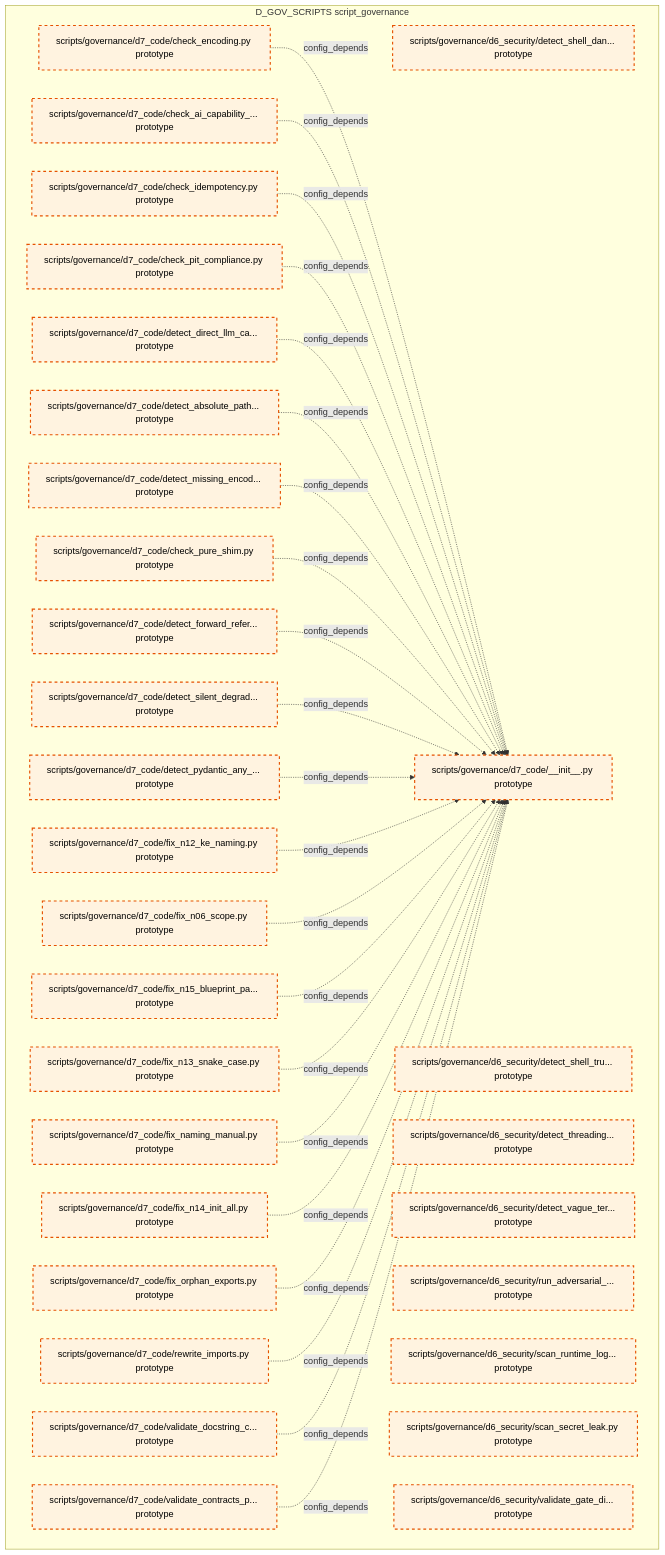
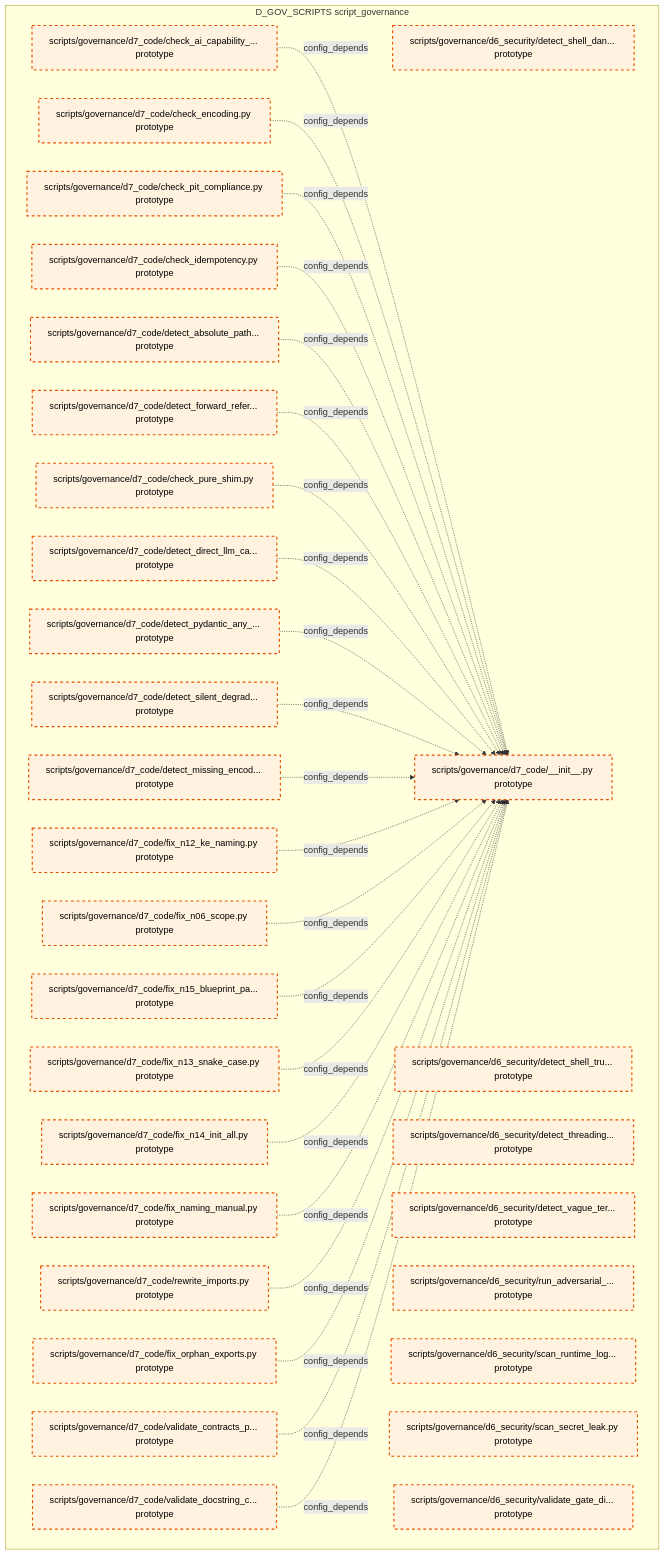
One commit to xuanFelixVan/ZephyrAlpha changed the tenth of 15 diagrams in docs/02_enterprise_architecture/02_domain_architecture_docs/36_d_gov_scripts.md. Above: the diagram before and after it, drawn with Mermaid. The commit also changed other lines of this file and 99 other files, not shown here.

````diff
--- a/docs/02_enterprise_architecture/02_domain_architecture_docs/36_d_gov_scripts.md
+++ b/docs/02_enterprise_architecture/02_domain_architecture_docs/36_d_gov_scripts.md
@@ -688,61 +687,61 @@
 ```mermaid
 graph TD
     subgraph D_GOV_SCRIPTS["D_GOV_SCRIPTS script_governance"]
         scripts_governance_d6_security_detect_shell_dangerous_py["scripts/governance/d6_security/detect_shell_dan... prototype"]
         scripts_governance_d6_security_detect_shell_true_py["scripts/governance/d6_security/detect_shell_tru... prototype"]
         scripts_governance_d6_security_detect_threading_lock_py["scripts/governance/d6_security/detect_threading... prototype"]
         scripts_governance_d6_security_detect_vague_terms_py["scripts/governance/d6_security/detect_vague_ter... prototype"]
         scripts_governance_d6_security_run_adversarial_checks_py["scripts/governance/d6_security/run_adversarial_... prototype"]
         scripts_governance_d6_security_scan_runtime_log_secrets_py["scripts/governance/d6_security/scan_runtime_log... prototype"]
         scripts_governance_d6_security_scan_secret_leak_py["scripts/governance/d6_security/scan_secret_leak.py prototype"]
         scripts_governance_d6_security_validate_gate_discipline_py["scripts/governance/d6_security/validate_gate_di... prototype"]
         scripts_governance_d7_code_init_py["scripts/governance/d7_code/__init__.py prototype"]
         scripts_governance_d7_code_check_ai_capability_boundary_py["scripts/governance/d7_code/check_ai_capability_... prototype"]
         scripts_governance_d7_code_check_encoding_py["scripts/governance/d7_code/check_encoding.py prototype"]
         scripts_governance_d7_code_check_idempotency_py["scripts/governance/d7_code/check_idempotency.py prototype"]
         scripts_governance_d7_code_check_pit_compliance_py["scripts/governance/d7_code/check_pit_compliance.py prototype"]
         scripts_governance_d7_code_check_pure_shim_py["scripts/governance/d7_code/check_pure_shim.py prototype"]
         scripts_governance_d7_code_detect_absolute_path_hardcoding_py["scripts/governance/d7_code/detect_absolute_path... prototype"]
         scripts_governance_d7_code_detect_direct_llm_calls_py["scripts/governance/d7_code/detect_direct_llm_ca... prototype"]
         scripts_governance_d7_code_detect_forward_reference_py["scripts/governance/d7_code/detect_forward_refer... prototype"]
         scripts_governance_d7_code_detect_missing_encoding_py["scripts/governance/d7_code/detect_missing_encod... prototype"]
         scripts_governance_d7_code_detect_pydantic_any_fields_py["scripts/governance/d7_code/detect_pydantic_any_... prototype"]
         scripts_governance_d7_code_detect_silent_degradation_py["scripts/governance/d7_code/detect_silent_degrad... prototype"]
         scripts_governance_d7_code_fix_n06_scope_py["scripts/governance/d7_code/fix_n06_scope.py prototype"]
         scripts_governance_d7_code_fix_n12_ke_naming_py["scripts/governance/d7_code/fix_n12_ke_naming.py prototype"]
         scripts_governance_d7_code_fix_n13_snake_case_py["scripts/governance/d7_code/fix_n13_snake_case.py prototype"]
         scripts_governance_d7_code_fix_n14_init_all_py["scripts/governance/d7_code/fix_n14_init_all.py prototype"]
         scripts_governance_d7_code_fix_n15_blueprint_path_py["scripts/governance/d7_code/fix_n15_blueprint_pa... prototype"]
         scripts_governance_d7_code_fix_naming_manual_py["scripts/governance/d7_code/fix_naming_manual.py prototype"]
         scripts_governance_d7_code_fix_orphan_exports_py["scripts/governance/d7_code/fix_orphan_exports.py prototype"]
         scripts_governance_d7_code_rewrite_imports_py["scripts/governance/d7_code/rewrite_imports.py prototype"]
         scripts_governance_d7_code_validate_contracts_purity_py["scripts/governance/d7_code/validate_contracts_p... prototype"]
         scripts_governance_d7_code_validate_docstring_coverage_py["scripts/governance/d7_code/validate_docstring_c... prototype"]
     end
+    scripts_governance_d7_code_check_ai_capability_boundary_py -.->|config_depends| scripts_governance_d7_code_init_py
     scripts_governance_d7_code_check_encoding_py -.->|config_depends| scripts_governance_d7_code_init_py
-    scripts_governance_d7_code_check_ai_capability_boundary_py -.->|config_depends| scripts_governance_d7_code_init_py
+    scripts_governance_d7_code_check_pit_compliance_py -.->|config_depends| scripts_governance_d7_code_init_py
     scripts_governance_d7_code_check_idempotency_py -.->|config_depends| scripts_governance_d7_code_init_py
-    scripts_governance_d7_code_check_pit_compliance_py -.->|config_depends| scripts_governance_d7_code_init_py
+    scripts_governance_d7_code_detect_absolute_path_hardcoding_py -.->|config_depends| scripts_governance_d7_code_init_py
+    scripts_governance_d7_code_detect_forward_reference_py -.->|config_depends| scripts_governance_d7_code_init_py
+    scripts_governance_d7_code_check_pure_shim_py -.->|config_depends| scripts_governance_d7_code_init_py
     scripts_governance_d7_code_detect_direct_llm_calls_py -.->|config_depends| scripts_governance_d7_code_init_py
-    scripts_governance_d7_code_detect_absolute_path_hardcoding_py -.->|config_depends| scripts_governance_d7_code_init_py
+    scripts_governance_d7_code_detect_pydantic_any_fields_py -.->|config_depends| scripts_governance_d7_code_init_py
+    scripts_governance_d7_code_detect_silent_degradation_py -.->|config_depends| scripts_governance_d7_code_init_py
     scripts_governance_d7_code_detect_missing_encoding_py -.->|config_depends| scripts_governance_d7_code_init_py
-    scripts_governance_d7_code_check_pure_shim_py -.->|config_depends| scripts_governance_d7_code_init_py
-    scripts_governance_d7_code_detect_forward_reference_py -.->|config_depends| scripts_governance_d7_code_init_py
-    scripts_governance_d7_code_detect_silent_degradation_py -.->|config_depends| scripts_governance_d7_code_init_py
-    scripts_governance_d7_code_detect_pydantic_any_fields_py -.->|config_depends| scripts_governance_d7_code_init_py
     scripts_governance_d7_code_fix_n12_ke_naming_py -.->|config_depends| scripts_governance_d7_code_init_py
     scripts_governance_d7_code_fix_n06_scope_py -.->|config_depends| scripts_governance_d7_code_init_py
     scripts_governance_d7_code_fix_n15_blueprint_path_py -.->|config_depends| scripts_governance_d7_code_init_py
     scripts_governance_d7_code_fix_n13_snake_case_py -.->|config_depends| scripts_governance_d7_code_init_py
+    scripts_governance_d7_code_fix_n14_init_all_py -.->|config_depends| scripts_governance_d7_code_init_py
     scripts_governance_d7_code_fix_naming_manual_py -.->|config_depends| scripts_governance_d7_code_init_py
-    scripts_governance_d7_code_fix_n14_init_all_py -.->|config_depends| scripts_governance_d7_code_init_py
+    scripts_governance_d7_code_rewrite_imports_py -.->|config_depends| scripts_governance_d7_code_init_py
     scripts_governance_d7_code_fix_orphan_exports_py -.->|config_depends| scripts_governance_d7_code_init_py
-    scripts_governance_d7_code_rewrite_imports_py -.->|config_depends| scripts_governance_d7_code_init_py
+    scripts_governance_d7_code_validate_contracts_purity_py -.->|config_depends| scripts_governance_d7_code_init_py
     scripts_governance_d7_code_validate_docstring_coverage_py -.->|config_depends| scripts_governance_d7_code_init_py
-    scripts_governance_d7_code_validate_contracts_purity_py -.->|config_depends| scripts_governance_d7_code_init_py
     classDef production fill:#e1f5fe,stroke:#01579b,stroke-width:2px,color:#000
     classDef design fill:#fff3e0,stroke:#e65100,stroke-width:2px,color:#000,stroke-dasharray: 5 5
     classDef external_prod fill:#e8f5e9,stroke:#1b5e20,stroke-width:1px,color:#000
     classDef external_design fill:#fce4ec,stroke:#880e4f,stroke-width:1px,color:#000,stroke-dasharray: 5 5
     class scripts_governance_d6_security_detect_shell_dangerous_py,scripts_governance_d6_security_detect_shell_true_py,scripts_governance_d6_security_detect_threading_lock_py,scripts_governance_d6_security_detect_vague_terms_py,scripts_governance_d6_security_run_adversarial_checks_py,scripts_governance_d6_security_scan_runtime_log_secrets_py,scripts_governance_d6_security_scan_secret_leak_py,scripts_governance_d6_security_validate_gate_discipline_py,scripts_governance_d7_code_init_py,scripts_governance_d7_code_check_ai_capability_boundary_py,scripts_governance_d7_code_check_encoding_py,scripts_governance_d7_code_check_idempotency_py,scripts_governance_d7_code_check_pit_compliance_py,scripts_governance_d7_code_check_pure_shim_py,scripts_governance_d7_code_detect_absolute_path_hardcoding_py,scripts_governance_d7_code_detect_direct_llm_calls_py,scripts_governance_d7_code_detect_forward_reference_py,scripts_governance_d7_code_detect_missing_encoding_py,scripts_governance_d7_code_detect_pydantic_any_fields_py,scripts_governance_d7_code_detect_silent_degradation_py,scripts_governance_d7_code_fix_n06_scope_py,scripts_governance_d7_code_fix_n12_ke_naming_py,scripts_governance_d7_code_fix_n13_snake_case_py,scripts_governance_d7_code_fix_n14_init_all_py,scripts_governance_d7_code_fix_n15_blueprint_path_py,scripts_governance_d7_code_fix_naming_manual_py,scripts_governance_d7_code_fix_orphan_exports_py,scripts_governance_d7_code_rewrite_imports_py,scripts_governance_d7_code_validate_contracts_purity_py,scripts_governance_d7_code_validate_docstring_coverage_py design
 ```
````
